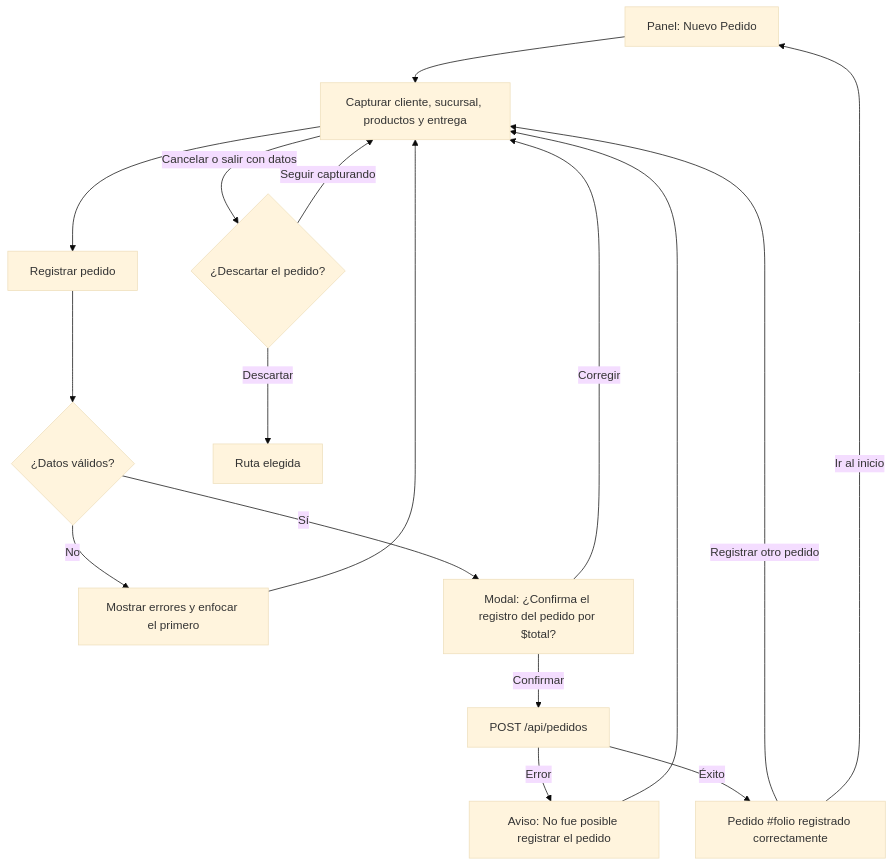
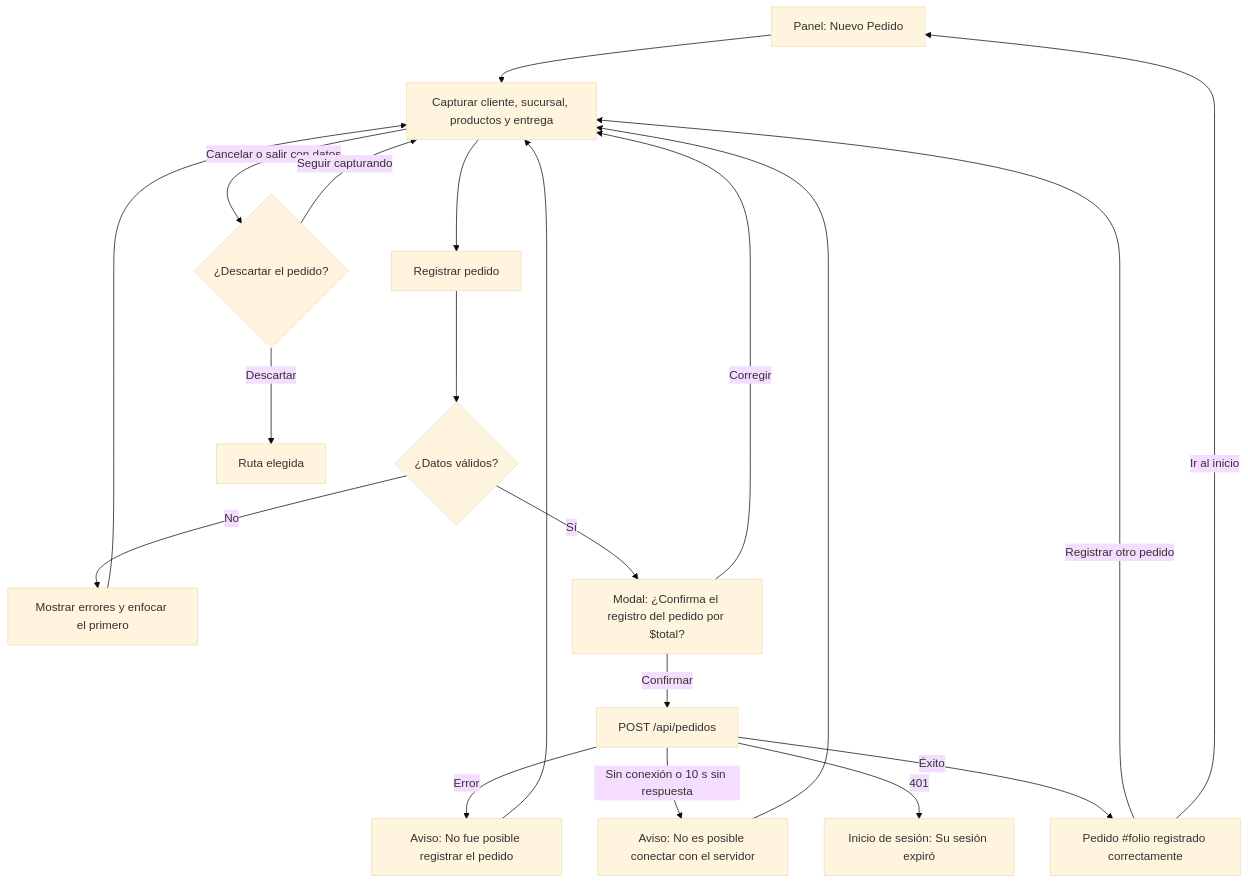
Before and after one commit to CibrianA04/GlobalFoods-Web: the second of 2 diagrams in FLUJO-APLICACION.md, drawn with Mermaid (base theme). The commit also changed other lines of this file and 7 other files, not shown here.

````diff
--- a/FLUJO-APLICACION.md
+++ b/FLUJO-APLICACION.md
@@ -85,17 +85,19 @@
 ```mermaid
 flowchart TD
     A[Panel: Nuevo Pedido] --> B[Capturar cliente, sucursal, productos y entrega]
     B --> C[Registrar pedido]
     C --> D{"¿Datos válidos?"}
     D -- No --> E[Mostrar errores y enfocar el primero] --> B
     D -- Sí --> F["Modal: ¿Confirma el registro del pedido por $total?"]
     F -- Corregir --> B
     F -- Confirmar --> G[POST /api/pedidos]
     G -- Error --> H[Aviso: No fue posible registrar el pedido] --> B
+    G -- "Sin conexión o 10 s sin respuesta" --> L[Aviso: No es posible conectar con el servidor] --> B
+    G -- 401 --> M[Inicio de sesión: Su sesión expiró]
     G -- Éxito --> I["Pedido #folio registrado correctamente"]
     I -- Registrar otro pedido --> B
     I -- Ir al inicio --> A
     B -- Cancelar o salir con datos --> J{"¿Descartar el pedido?"}
     J -- Seguir capturando --> B
     J -- Descartar --> K[Ruta elegida]
 ```
````
